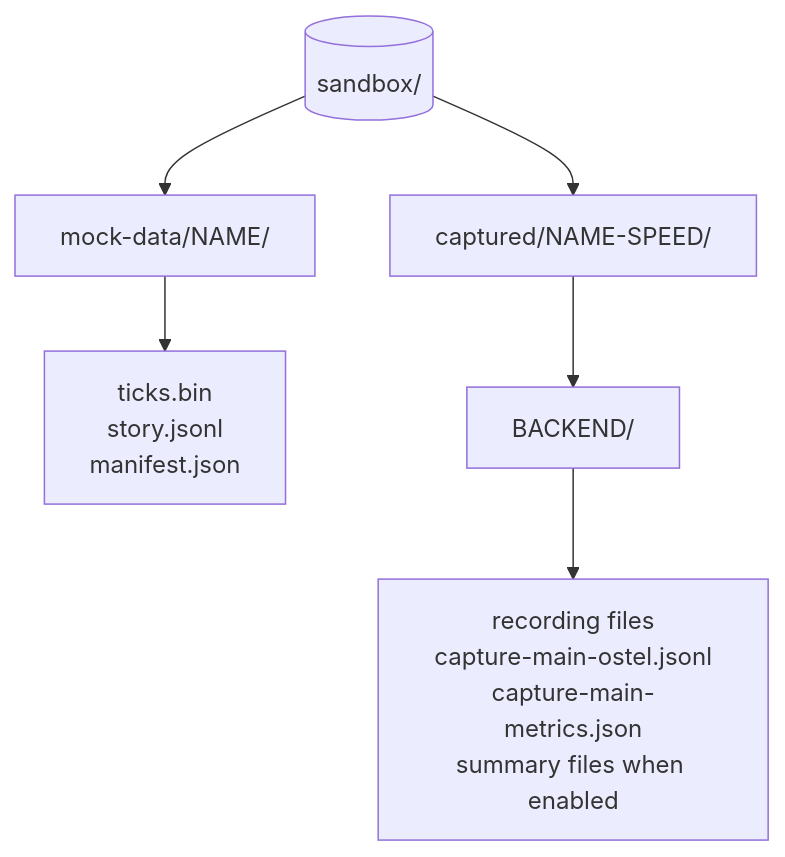
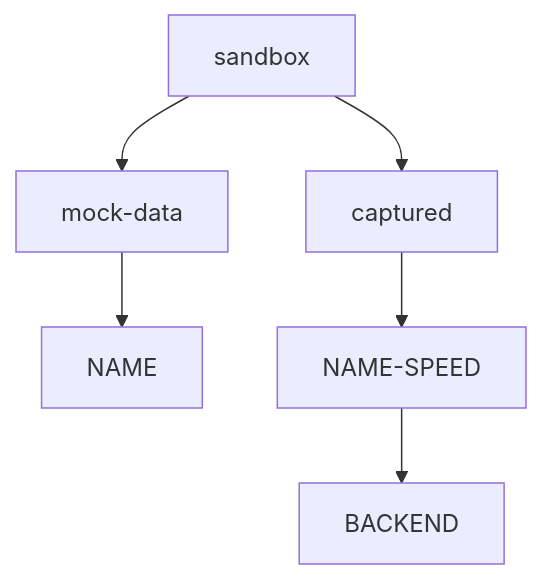
The ninth of 10 diagrams in dev/spec-overall.md (BriteSnow/rust-blueprint-quadcopter-flight-data), drawn with Mermaid before and after one commit. The commit also changed other lines of this file, not shown here.

Commit message:
. spec - simplify mermaid diagrams

````diff
--- a/dev/spec-overall.md
+++ b/dev/spec-overall.md
@@ -105,9 +213,12 @@
 ```mermaid
-flowchart TB
-  sandbox[("sandbox/")]
-  sandbox --> mockroot["mock-data/NAME/"]
-  sandbox --> caproot["captured/NAME-SPEED/"]
-  mockroot --> mockfiles["ticks.bin<br/>story.jsonl<br/>manifest.json"]
-  caproot --> backend["BACKEND/"]
-  backend --> runfiles["recording files<br/>capture-main-ostel.jsonl<br/>capture-main-metrics.json<br/>summary files when enabled"]
+flowchart TD
+  mock_data[mock-data]
+  dataset[NAME]
+  run[NAME-SPEED]
+  backend[BACKEND]
+  sandbox --> mock_data
+  sandbox --> captured
+  mock_data --> dataset
+  captured --> run
+  run --> backend
 ```
````
